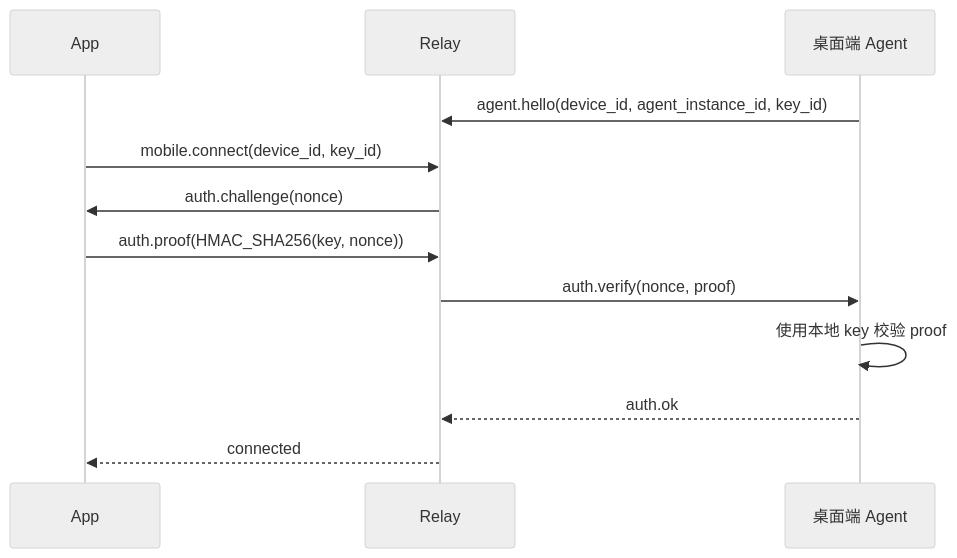
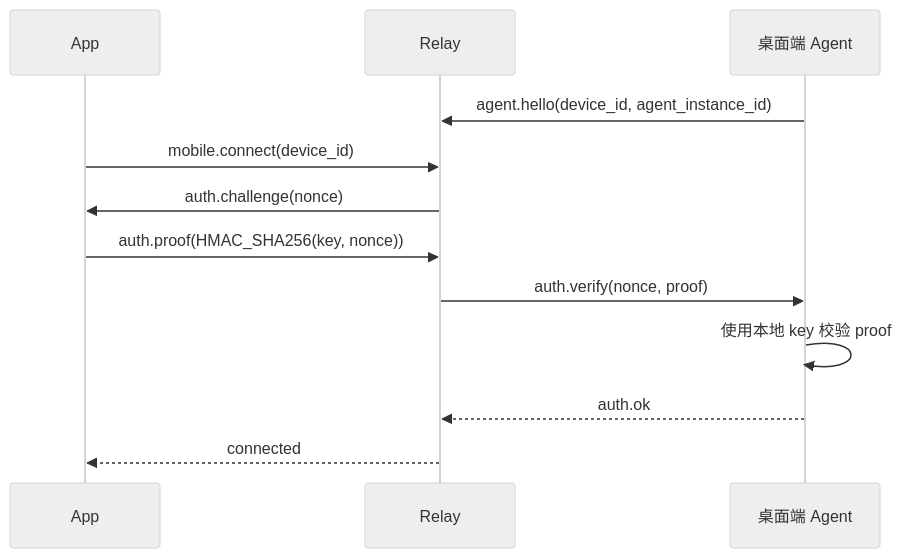
One commit to zhangbozhb/OmniWork changed the diagram in docs/auth-key-design.md. Above: the diagram before and after it, drawn with Mermaid (neutral theme). The commit also changed other lines of this file and 39 other files, not shown here.

Commit message:
Remove key_id from app-agent pairing auth

````diff
--- a/docs/auth-key-design.md
+++ b/docs/auth-key-design.md
@@ -117,15 +115,15 @@
 ```mermaid
 sequenceDiagram
   participant A as App
   participant R as Relay
   participant M as 桌面端 Agent
 
-  M->>R: agent.hello(device_id, agent_instance_id, key_id)
-  A->>R: mobile.connect(device_id, key_id)
+  M->>R: agent.hello(device_id, agent_instance_id)
+  A->>R: mobile.connect(device_id)
   R->>A: auth.challenge(nonce)
   A->>R: auth.proof(HMAC_SHA256(key, nonce))
   R->>M: auth.verify(nonce, proof)
   M->>M: 使用本地 key 校验 proof
   M-->>R: auth.ok
   R-->>A: connected
 ```
````
